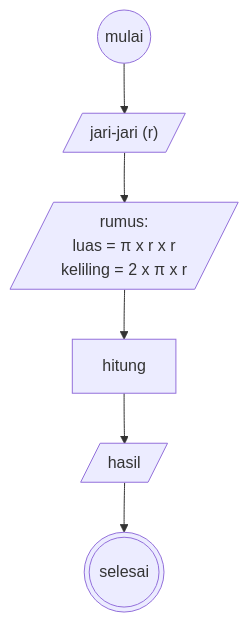
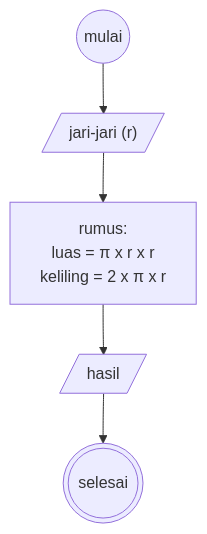
The diagram in minitask5.md (abdullah-fikri/koda-b4-algoritma), drawn with Mermaid before and after one commit.

````diff
--- a/minitask5.md
+++ b/minitask5.md
@@ -3,13 +3,12 @@
 ```mermaid
 flowchart TD
 A@{ shape: circle, label: "mulai"} -->
 B@{ shape: lean-r, label: "jari-jari (r)"} --> 
-C@{ shape: lean-r, label: "rumus: 
+C@{ shape: rect, label: "rumus: 
 luas = π x r x r 
  keliling = 2 x π x r"} -->
-D@{ shape: rect, label: "hitung"} -->
 G@{ shape: lean-r, label: "hasil"} -->
 F@{ shape: dbl-circ, label: "selesai"}
 
 
 ```
````
